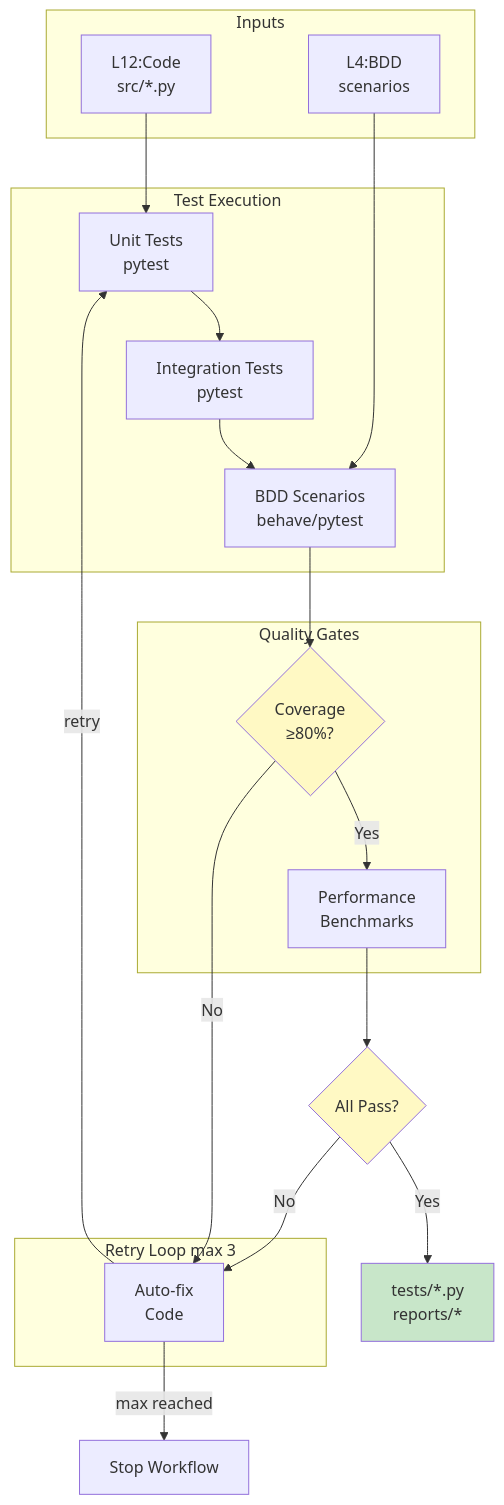
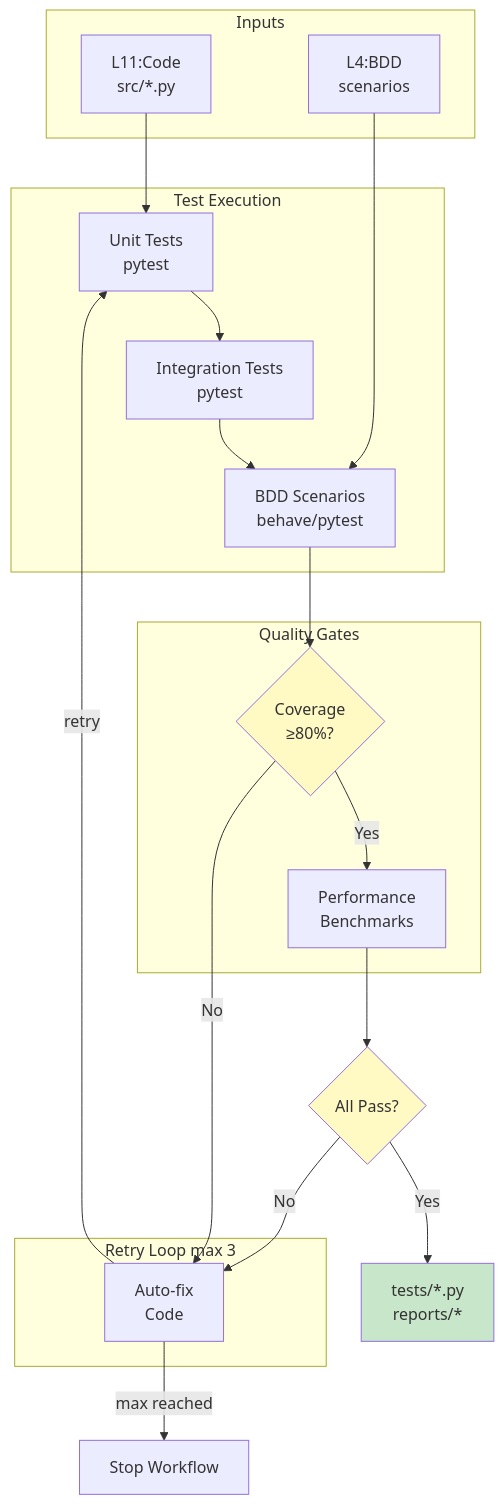
Before and after one commit to vladm3105/aidoc-flow-framework: the fourth of 8 diagrams in ai_dev_flow/SDD_AUTOMATION_WORKFLOW.md, drawn with Mermaid. The commit also changed other lines of this file and 146 other files, not shown here.

````diff
--- a/ai_dev_flow/SDD_AUTOMATION_WORKFLOW.md
+++ b/ai_dev_flow/SDD_AUTOMATION_WORKFLOW.md
@@ -198,38 +195,38 @@
 ```mermaid
 flowchart TB
     subgraph Inputs["Inputs"]
-        CODE[L12:Code<br/>src/*.py]
+        CODE[L11:Code<br/>src/*.py]
         BDD[L4:BDD<br/>scenarios]
     end
 
     subgraph TestSuite["Test Execution"]
         UNIT[Unit Tests<br/>pytest] --> INTEG[Integration Tests<br/>pytest]
         INTEG --> BEHAVE[BDD Scenarios<br/>behave/pytest]
     end
 
     subgraph Quality["Quality Gates"]
         COV{Coverage<br/>≥80%?}
         PERF[Performance<br/>Benchmarks]
     end
 
     subgraph Retry["Retry Loop max 3"]
         FIX[Auto-fix<br/>Code]
     end
 
     CODE --> UNIT
     BDD --> BEHAVE
 
     BEHAVE --> COV
     COV --> |Yes| PERF
     COV --> |No| FIX
 
     PERF --> RESULT{All Pass?}
     RESULT --> |Yes| OUTPUT[tests/*.py<br/>reports/*]
     RESULT --> |No| FIX
     FIX --> |retry| UNIT
     FIX --> |max reached| STOP[Stop Workflow]
 
     style COV fill:#fff9c4
     style RESULT fill:#fff9c4
     style OUTPUT fill:#c8e6c9
 ```
````
